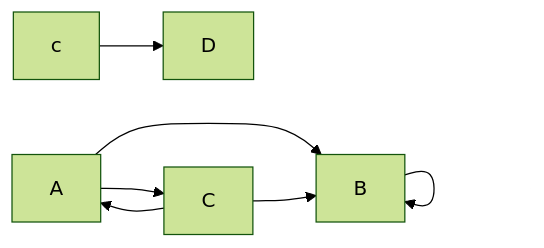
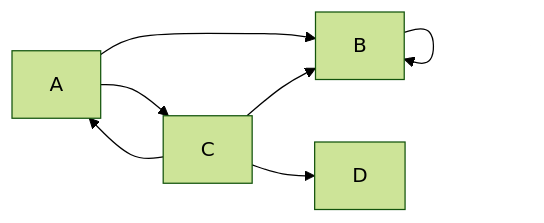
One commit to boddaert/snt changed the second of 3 diagrams in seconde/Web/Moteurs_de_recherche.md. Above: the diagram before and after it, drawn with Mermaid (forest theme).

````diff
--- a/seconde/Web/Moteurs_de_recherche.md
+++ b/seconde/Web/Moteurs_de_recherche.md
@@ -69,9 +69,9 @@
 ```mermaid
   graph LR;
       A-->B;
       B-->B;
       A-->C;
       C-->B;
       C-->A;
-      c-->D;
+      C-->D;
 ```
````
